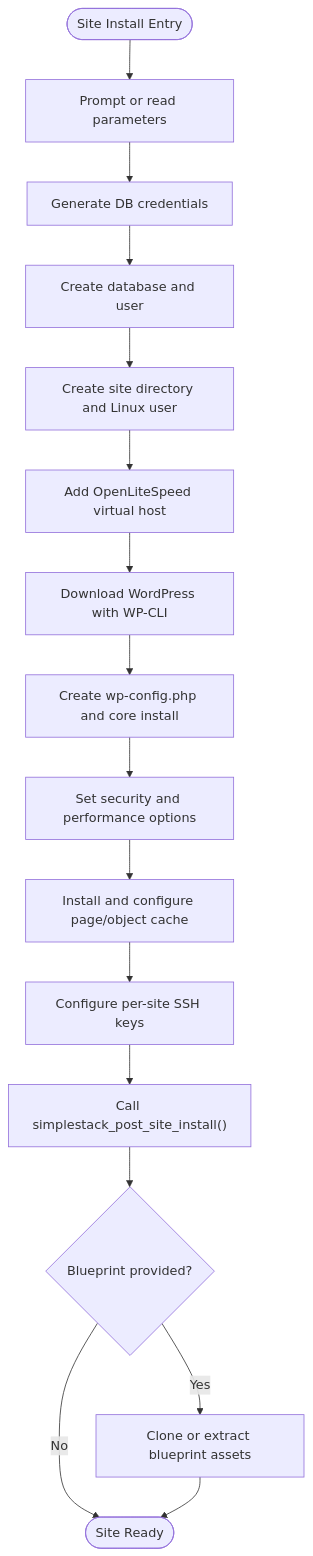
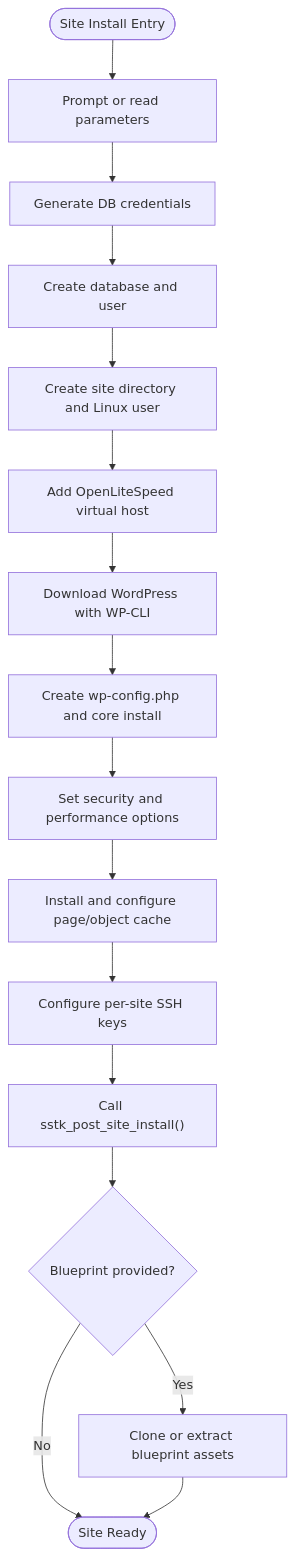
Before and after one commit to onedogsolutions/simple-stack: the fourth of 7 diagrams in .qoder/repowiki/en/content/WordPress Application Engine/Customization & Extension Points/Provisioning Scripts & Deployment Workflows.md, drawn with Mermaid. The commit also changed other lines of this file and 5941 other files, not shown here.

````diff
--- a/.qoder/repowiki/en/content/WordPress Application Engine/Customization & Extension Points/Provisioning Scripts & Deployment Workflows.md
+++ b/.qoder/repowiki/en/content/WordPress Application Engine/Customization & Extension Points/Provisioning Scripts & Deployment Workflows.md
@@ -223,18 +223,18 @@
 ```mermaid
 flowchart TD
 Start(["Site Install Entry"]) --> Prompt["Prompt or read parameters"]
 Prompt --> Credentials["Generate DB credentials"]
 Credentials --> DB["Create database and user"]
 DB --> UserDir["Create site directory and Linux user"]
 UserDir --> VHost["Add OpenLiteSpeed virtual host"]
 VHost --> Download["Download WordPress with WP-CLI"]
 Download --> Config["Create wp-config.php and core install"]
 Config --> Hardening["Set security and performance options"]
 Hardening --> Cache["Install and configure page/object cache"]
 Cache --> SSH["Configure per-site SSH keys"]
-SSH --> Hook["Call simplestack_post_site_install()"]
+SSH --> Hook["Call sstk_post_site_install()"]
 Hook --> Blueprint{"Blueprint provided?"}
 Blueprint --> |Yes| ApplyBlueprint["Clone or extract blueprint assets"]
 Blueprint --> |No| End(["Site Ready"])
 ApplyBlueprint --> End
 ```
````
